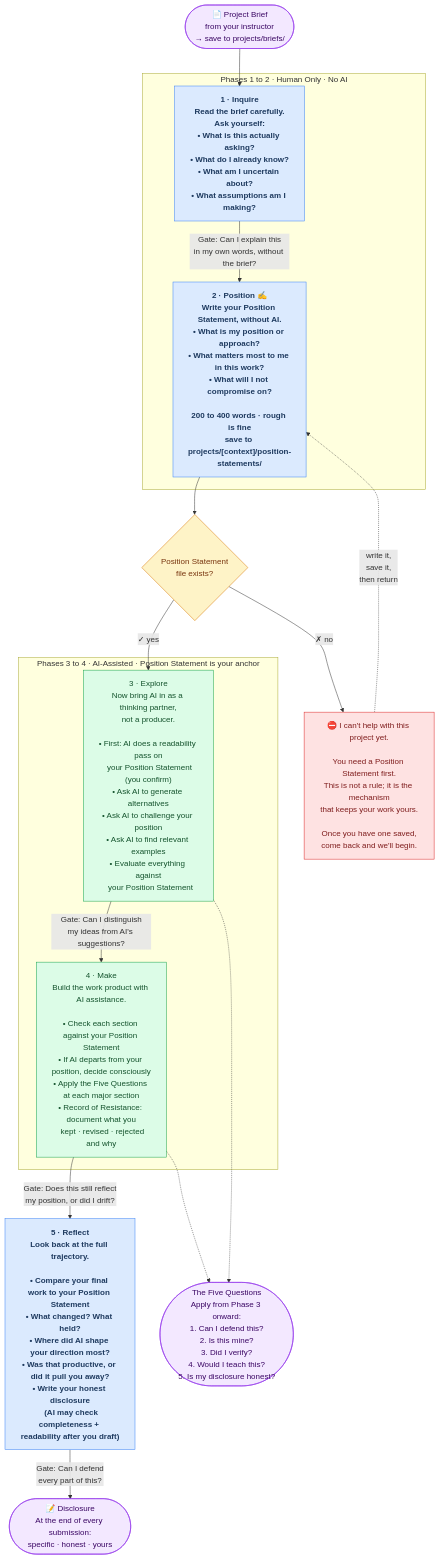
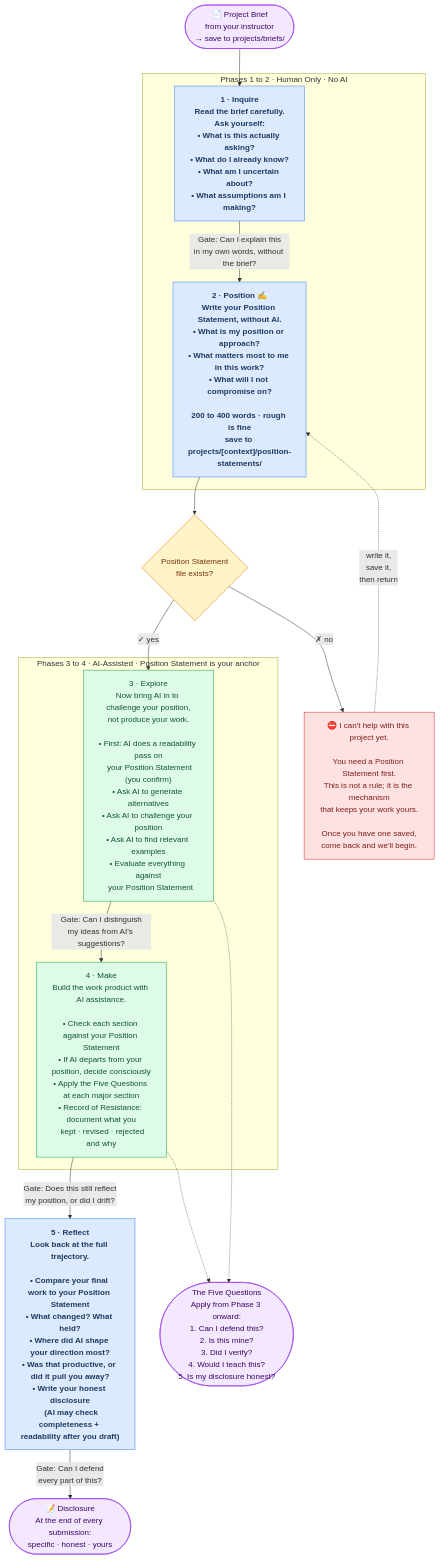
The first of 2 diagrams in WORKFLOW.md (nmadrid27/esf-companion), drawn with Mermaid before and after one commit. The commit also changed other lines of this file and 25 other files, not shown here.

````diff
--- a/WORKFLOW.md
+++ b/WORKFLOW.md
@@ -11,43 +11,43 @@
 ```mermaid
 flowchart TD
     classDef humanOnly fill:#dbeafe,stroke:#3b82f6,color:#1e3a5f,font-weight:bold
     classDef aiAssisted fill:#dcfce7,stroke:#16a34a,color:#14532d
     classDef gate fill:#fef3c7,stroke:#d97706,color:#78350f
     classDef artifact fill:#f3e8ff,stroke:#9333ea,color:#3b0764
     classDef blocked fill:#fee2e2,stroke:#dc2626,color:#7f1d1d
 
     BRIEF(["📄 Project Brief\nfrom your instructor\n→ save to projects/briefs/"]):::artifact
 
     subgraph HUMANONLY["  Phases 1 to 2 · Human Only · No AI  "]
         P1["1 · Inquire\nRead the brief carefully.\nAsk yourself:\n• What is this actually asking?\n• What do I already know?\n• What am I uncertain about?\n• What assumptions am I making?"]:::humanOnly
 
         P2["2 · Position ✍️\nWrite your Position Statement, without AI.\n• What is my position or approach?\n• What matters most to me in this work?\n• What will I not compromise on?\n\n200 to 400 words · rough is fine\nsave to projects/[context]/position-statements/"]:::humanOnly
     end
 
     GATE{"Position Statement\nfile exists?"}:::gate
     BLOCKED["⛔ I can't help with this project yet.\n\nYou need a Position Statement first.\nThis is not a rule; it is the mechanism\nthat keeps your work yours.\n\nOnce you have one saved,\ncome back and we'll begin."]:::blocked
 
     subgraph AIASSISTED["  Phases 3 to 4 · AI-Assisted · Position Statement is your anchor  "]
-        P3["3 · Explore\nNow bring AI in as a thinking partner,\nnot a producer.\n\n• First: AI does a readability pass on\n  your Position Statement (you confirm)\n• Ask AI to generate alternatives\n• Ask AI to challenge your position\n• Ask AI to find relevant examples\n• Evaluate everything against\n  your Position Statement"]:::aiAssisted
+        P3["3 · Explore\nNow bring AI in to challenge your position,\nnot produce your work.\n\n• First: AI does a readability pass on\n  your Position Statement (you confirm)\n• Ask AI to generate alternatives\n• Ask AI to challenge your position\n• Ask AI to find relevant examples\n• Evaluate everything against\n  your Position Statement"]:::aiAssisted
 
         P4["4 · Make\nBuild the work product with AI assistance.\n\n• Check each section against your Position Statement\n• If AI departs from your position, decide consciously\n• Apply the Five Questions at each major section\n• Record of Resistance: document what you\n  kept · revised · rejected and why"]:::aiAssisted
     end
 
     P5["5 · Reflect\nLook back at the full trajectory.\n\n• Compare your final work to your Position Statement\n• What changed? What held?\n• Where did AI shape your direction most?\n• Was that productive, or did it pull you away?\n• Write your honest disclosure\n  (AI may check completeness + readability after you draft)"]:::humanOnly
 
     FQ(["The Five Questions\nApply from Phase 3 onward:\n1. Can I defend this?\n2. Is this mine?\n3. Did I verify?\n4. Would I teach this?\n5. Is my disclosure honest?"]):::artifact
 
     DISCLOSURE(["📝 Disclosure\nAt the end of every submission:\nspecific · honest · yours"]):::artifact
 
     BRIEF --> P1
     P1 -->|"Gate: Can I explain this\nin my own words, without the brief?"| P2
     P2 --> GATE
     GATE -->|"✓ yes"| P3
     GATE -->|"✗ no"| BLOCKED
     BLOCKED -.->|"write it,\nsave it,\nthen return"| P2
     P3 -->|"Gate: Can I distinguish\nmy ideas from AI's suggestions?"| P4
     P4 -->|"Gate: Does this still reflect\nmy position, or did I drift?"| P5
     P5 -->|"Gate: Can I defend\nevery part of this?"| DISCLOSURE
     P3 -.-> FQ
     P4 -.-> FQ
 ```
````
